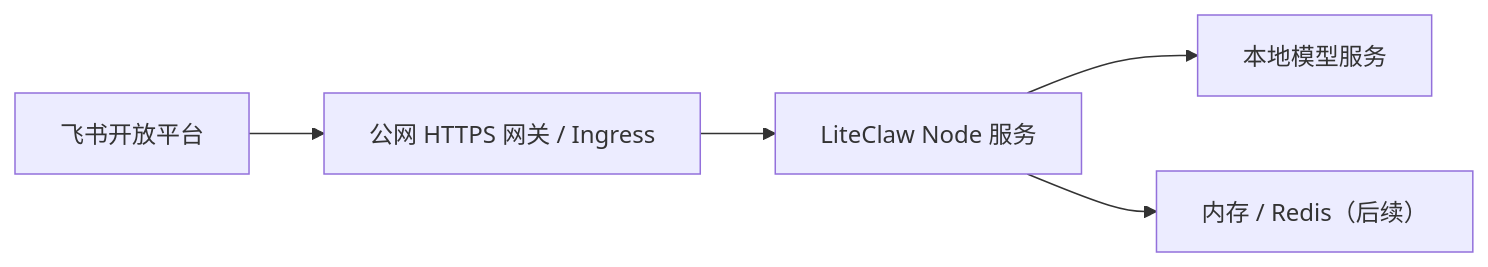
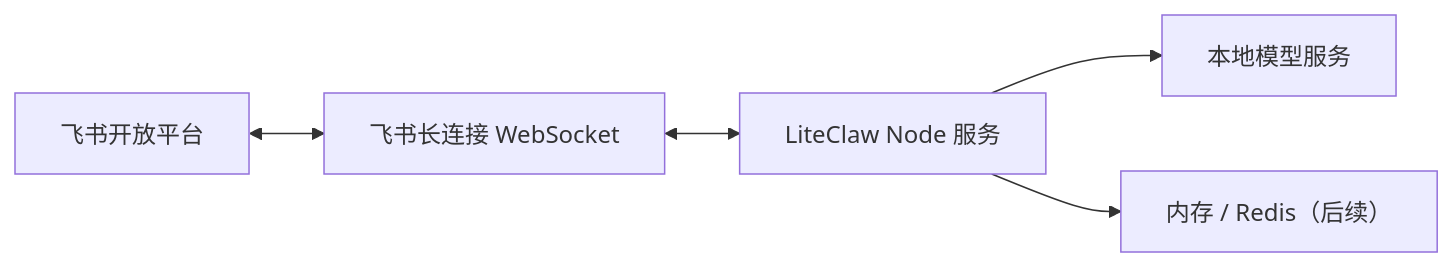
One commit to WarrenJones/liteClaw changed the third of 3 diagrams in docs/liteclaw-feishu-mvp.md. Above: the diagram before and after it, drawn with Mermaid. The commit also changed other lines of this file and 2 other files, not shown here.

Commit message:
Align docs with Feishu long-connection flow

````diff
--- a/docs/liteclaw-feishu-mvp.md
+++ b/docs/liteclaw-feishu-mvp.md
@@ -308,7 +309,7 @@
 ```mermaid
 flowchart LR
-    F["飞书开放平台"] --> W["公网 HTTPS 网关 / Ingress"]
-    W --> S["LiteClaw Node 服务"]
+    F["飞书开放平台"] <--> W["飞书长连接 WebSocket"]
+    W <--> S["LiteClaw Node 服务"]
     S --> K["本地模型服务"]
     S --> C["内存 / Redis（后续）"]
 ```
````
